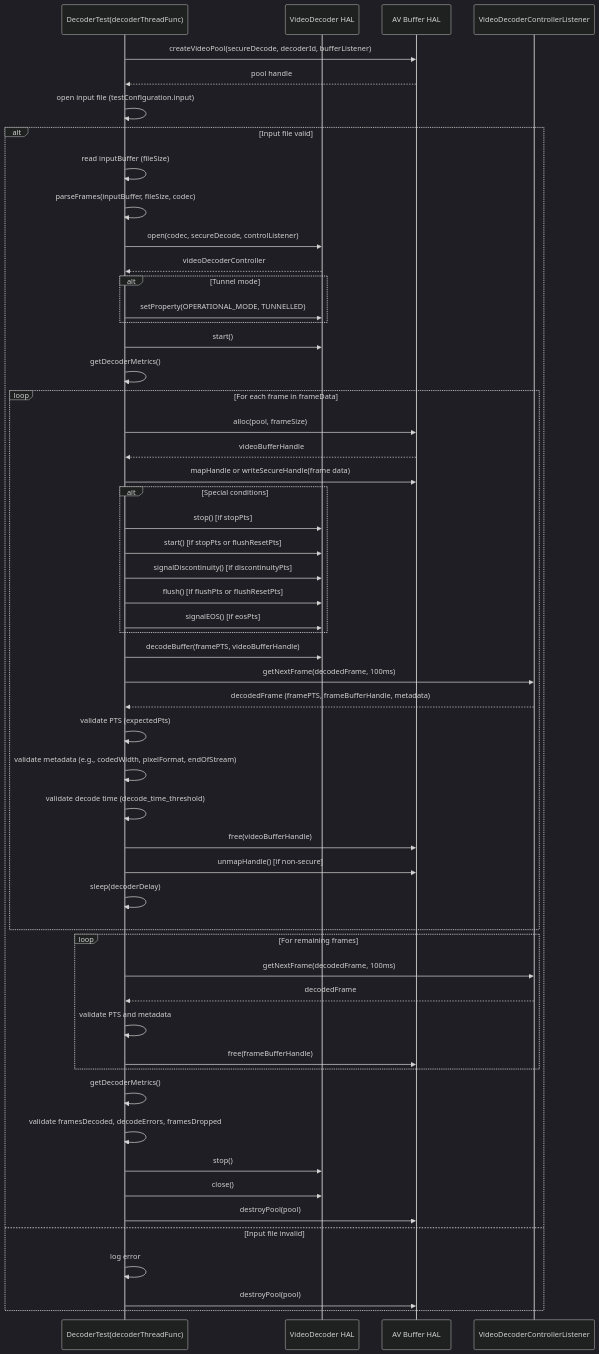
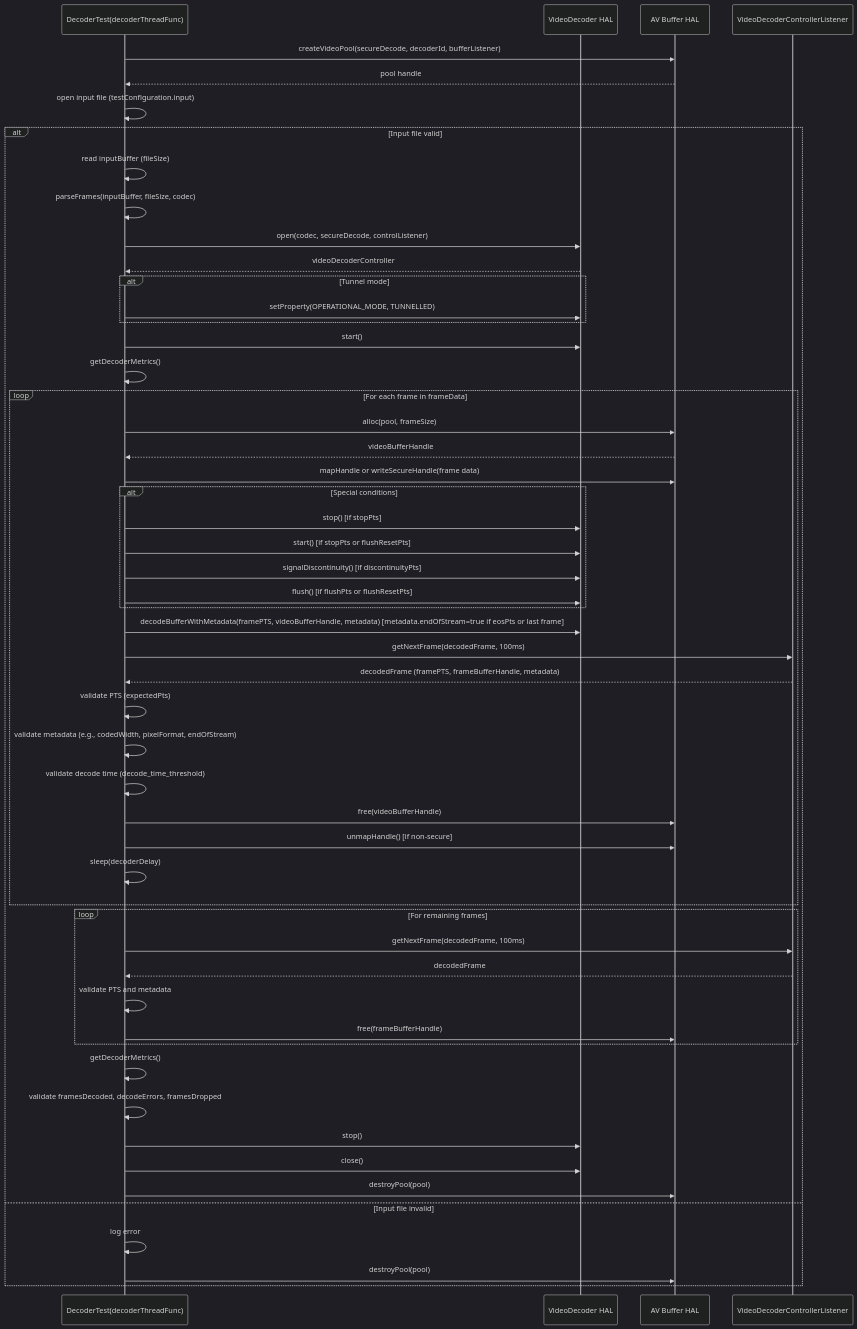
Before and after one commit to davidkoo-brcm/rdk-halif-aidl-test-videodecoder: the sixth of 10 diagrams in docs/pages/VideoDecoder_L3_Low-level_TestSpecification.md, drawn with Mermaid (dark theme). The commit also changed other lines of this file and 15 other files, not shown here.

````diff
--- a/docs/pages/VideoDecoder_L3_Low-level_TestSpecification.md
+++ b/docs/pages/VideoDecoder_L3_Low-level_TestSpecification.md
@@ -392,58 +392,57 @@
 ```mermaid
 
 sequenceDiagram
   participant rundecoder as DecoderTest(decoderThreadFunc)
   participant VideoDecoder_HAL as VideoDecoder HAL
   participant AVBuffer_HAL as AV Buffer HAL
   participant ControllerListener as VideoDecoderControllerListener
 
   rundecoder->>AVBuffer_HAL: createVideoPool(secureDecode, decoderId, bufferListener)
   AVBuffer_HAL-->>rundecoder: pool handle
   rundecoder->>rundecoder: open input file (testConfiguration.input)
   alt Input file valid
     rundecoder->>rundecoder: read inputBuffer (fileSize)
     rundecoder->>rundecoder: parseFrames(inputBuffer, fileSize, codec)
     rundecoder->>VideoDecoder_HAL: open(codec, secureDecode, controlListener)
     VideoDecoder_HAL-->>rundecoder: videoDecoderController
     alt Tunnel mode
       rundecoder->>VideoDecoder_HAL: setProperty(OPERATIONAL_MODE, TUNNELLED)
     end
     rundecoder->>VideoDecoder_HAL: start()
     rundecoder->>rundecoder: getDecoderMetrics()
     loop For each frame in frameData
       rundecoder->>AVBuffer_HAL: alloc(pool, frameSize)
       AVBuffer_HAL-->>rundecoder: videoBufferHandle
       rundecoder->>AVBuffer_HAL: mapHandle or writeSecureHandle(frame data)
       alt Special conditions
         rundecoder->>VideoDecoder_HAL: stop() [if stopPts]
         rundecoder->>VideoDecoder_HAL: start() [if stopPts or flushResetPts]
         rundecoder->>VideoDecoder_HAL: signalDiscontinuity() [if discontinuityPts]
         rundecoder->>VideoDecoder_HAL: flush() [if flushPts or flushResetPts]
-        rundecoder->>VideoDecoder_HAL: signalEOS() [if eosPts]
       end
-      rundecoder->>VideoDecoder_HAL: decodeBuffer(framePTS, videoBufferHandle)
+      rundecoder->>VideoDecoder_HAL: decodeBufferWithMetadata(framePTS, videoBufferHandle, metadata) [metadata.endOfStream=true if eosPts or last frame]
       rundecoder->>ControllerListener: getNextFrame(decodedFrame, 100ms)
       ControllerListener-->>rundecoder: decodedFrame (framePTS, frameBufferHandle, metadata)
       rundecoder->>rundecoder: validate PTS (expectedPts)
       rundecoder->>rundecoder: validate metadata (e.g., codedWidth, pixelFormat, endOfStream)
       rundecoder->>rundecoder: validate decode time (decode_time_threshold)
       rundecoder->>AVBuffer_HAL: free(videoBufferHandle)
       rundecoder->>AVBuffer_HAL: unmapHandle() [if non-secure]
       rundecoder->>rundecoder: sleep(decoderDelay)
     end
     loop For remaining frames
       rundecoder->>ControllerListener: getNextFrame(decodedFrame, 100ms)
       ControllerListener-->>rundecoder: decodedFrame
       rundecoder->>rundecoder: validate PTS and metadata
       rundecoder->>AVBuffer_HAL: free(frameBufferHandle)
     end
     rundecoder->>rundecoder: getDecoderMetrics()
     rundecoder->>rundecoder: validate framesDecoded, decodeErrors, framesDropped
     rundecoder->>VideoDecoder_HAL: stop()
     rundecoder->>VideoDecoder_HAL: close()
     rundecoder->>AVBuffer_HAL: destroyPool(pool)
   else Input file invalid
     rundecoder->>rundecoder: log error
     rundecoder->>AVBuffer_HAL: destroyPool(pool)
   end
 ```
````
